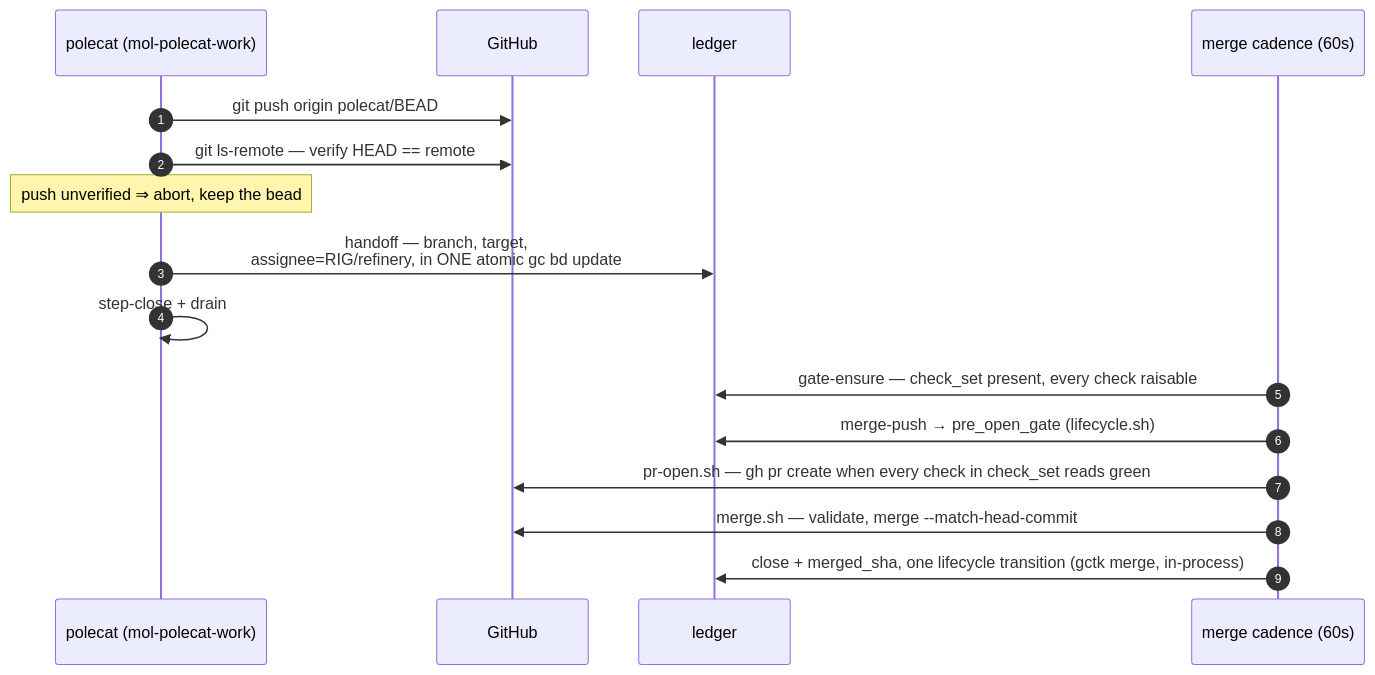
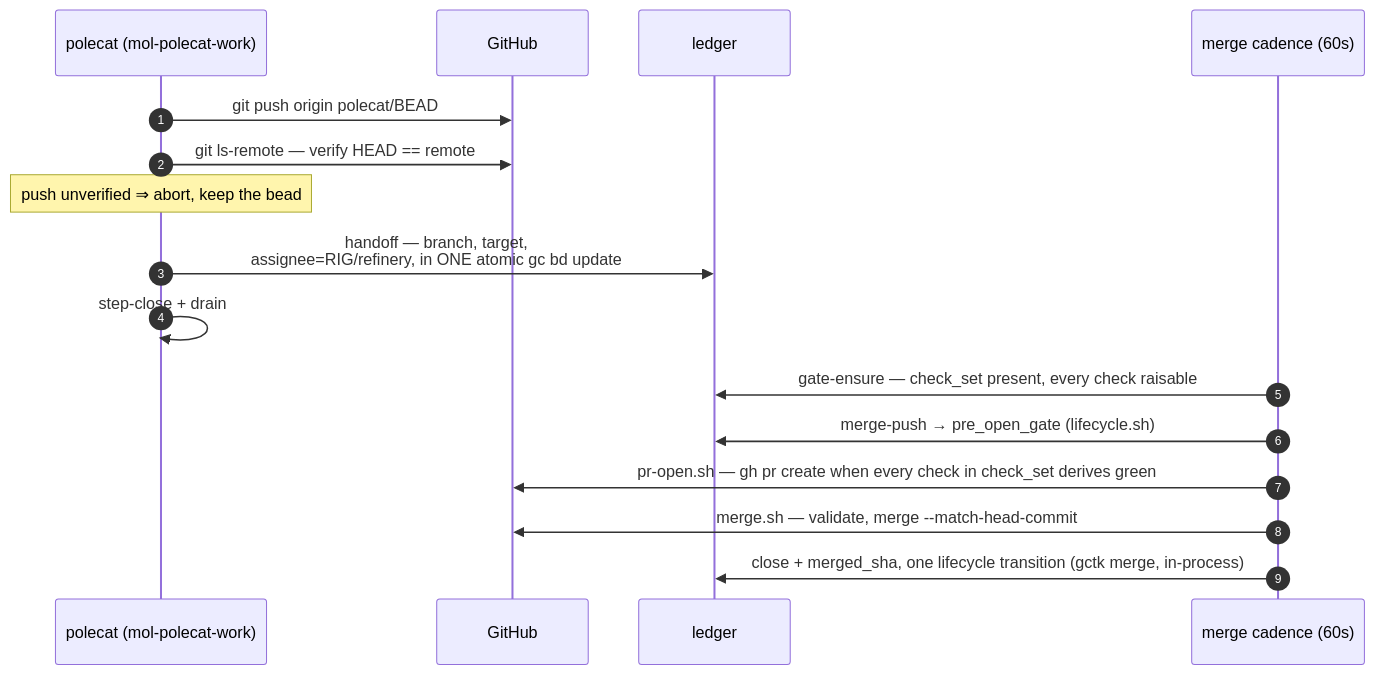
One commit to zookanalytics/gc-toolkit changed the second of 2 diagrams in docs/state-machine.md. Above: the diagram before and after it, drawn with Mermaid. The commit also changed other lines of this file and 11 other files, not shown here.

````diff
--- a/docs/state-machine.md
+++ b/docs/state-machine.md
@@ -666,18 +656,18 @@
 ```mermaid
 sequenceDiagram
   autonumber
   participant P as polecat (mol-polecat-work)
   participant G as GitHub
   participant L as ledger
   participant C as merge cadence (60s)
   P->>G: git push origin polecat/BEAD
   P->>G: git ls-remote — verify HEAD == remote
   Note over P: push unverified ⇒ abort, keep the bead
   P->>L: handoff — branch, target,<br/>assignee=RIG/refinery, in ONE atomic gc bd update
   P->>P: step-close + drain
   C->>L: gate-ensure — check_set present, every check raisable
   C->>L: merge-push → pre_open_gate (lifecycle.sh)
-  C->>G: pr-open.sh — gh pr create when every check in check_set reads green
+  C->>G: pr-open.sh — gh pr create when every check in check_set derives green
   C->>G: merge.sh — validate, merge --match-head-commit
   C->>L: close + merged_sha, one lifecycle transition (gctk merge, in-process)
 ```
````
